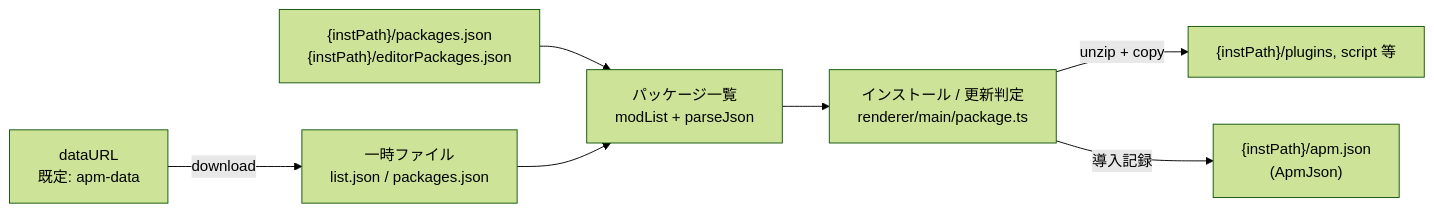
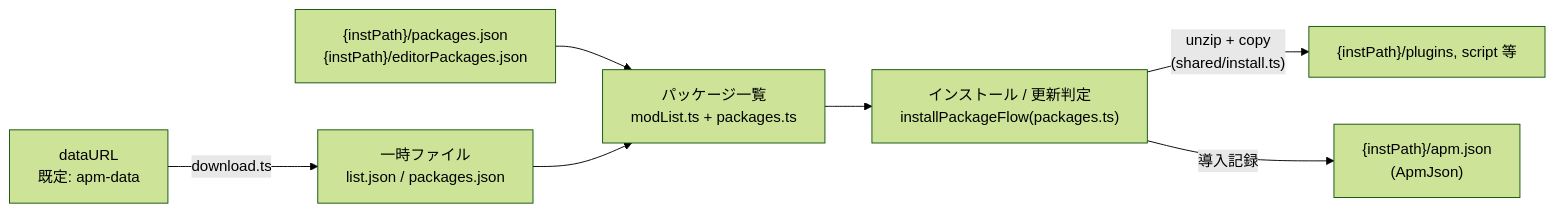
One commit to team-apm/apm changed the diagram in ARCHITECTURE.md. Above: the diagram before and after it, drawn with Mermaid (forest theme). The commit also changed other lines of this file and 1 other file, not shown here.

First line of the commit message:
docs: 移行完了後の現状に合わせて ARCHITECTURE.md を全面更新

````diff
--- a/ARCHITECTURE.md
+++ b/ARCHITECTURE.md
@@ -47,9 +49,9 @@
 ```mermaid
 graph LR
-  D[dataURL<br>既定: apm-data] -->|download| T[一時ファイル<br>list.json / packages.json]
+  D[dataURL<br>既定: apm-data] -->|"download.ts"| T["一時ファイル<br>list.json / packages.json"]
   L["{instPath}/packages.json<br>{instPath}/editorPackages.json"] --> M
-  T --> M[パッケージ一覧<br>modList + parseJson]
-  M --> I[インストール / 更新判定<br>renderer/main/package.ts]
-  I -->|unzip + copy| P["{instPath}/plugins, script 等"]
+  T --> M["パッケージ一覧<br>modList.ts + packages.ts"]
+  M --> I["インストール / 更新判定<br>installPackageFlow(packages.ts)"]
+  I -->|"unzip + copy<br>(shared/install.ts)"| P["{instPath}/plugins, script 等"]
   I -->|導入記録| A["{instPath}/apm.json<br>(ApmJson)"]
 ```
````
